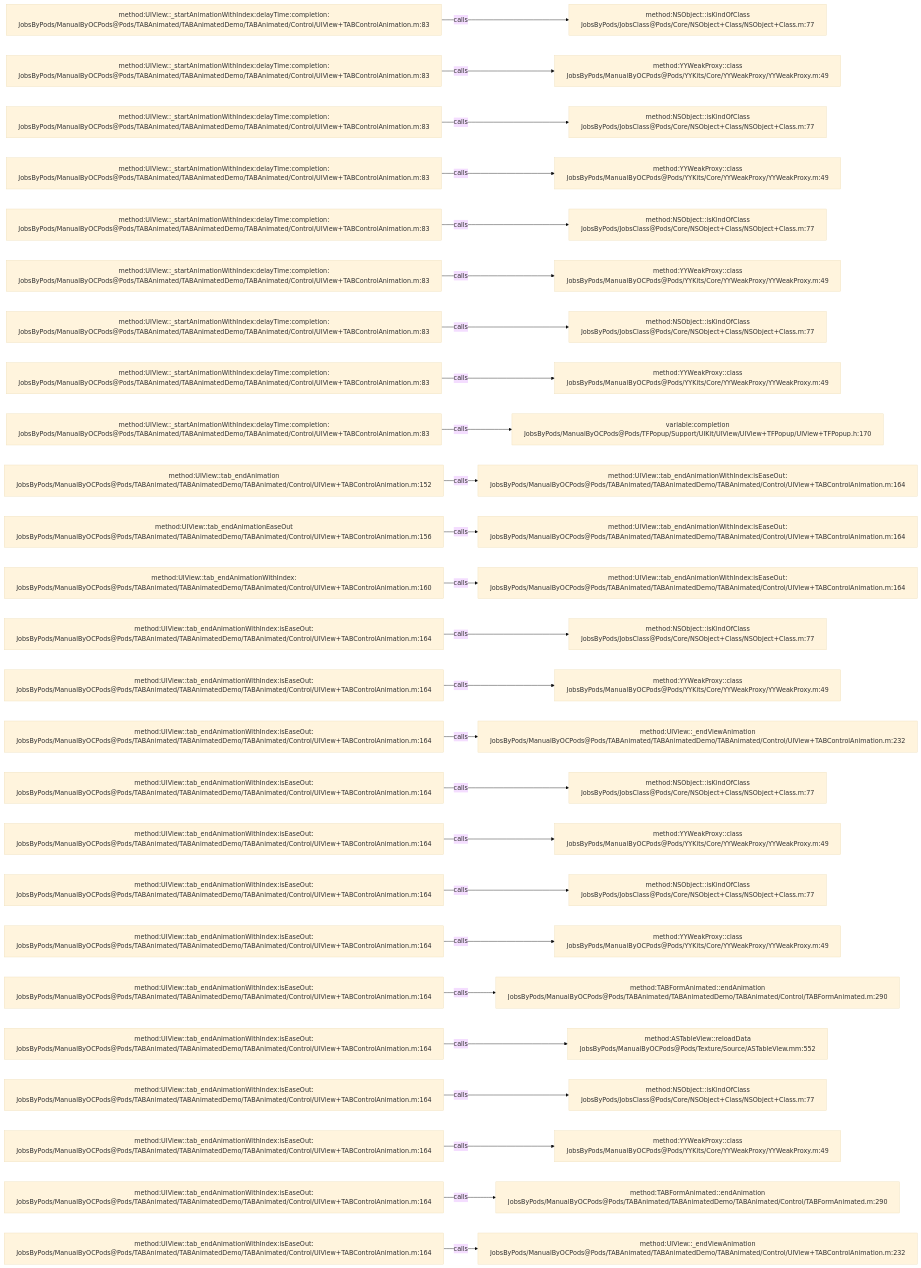
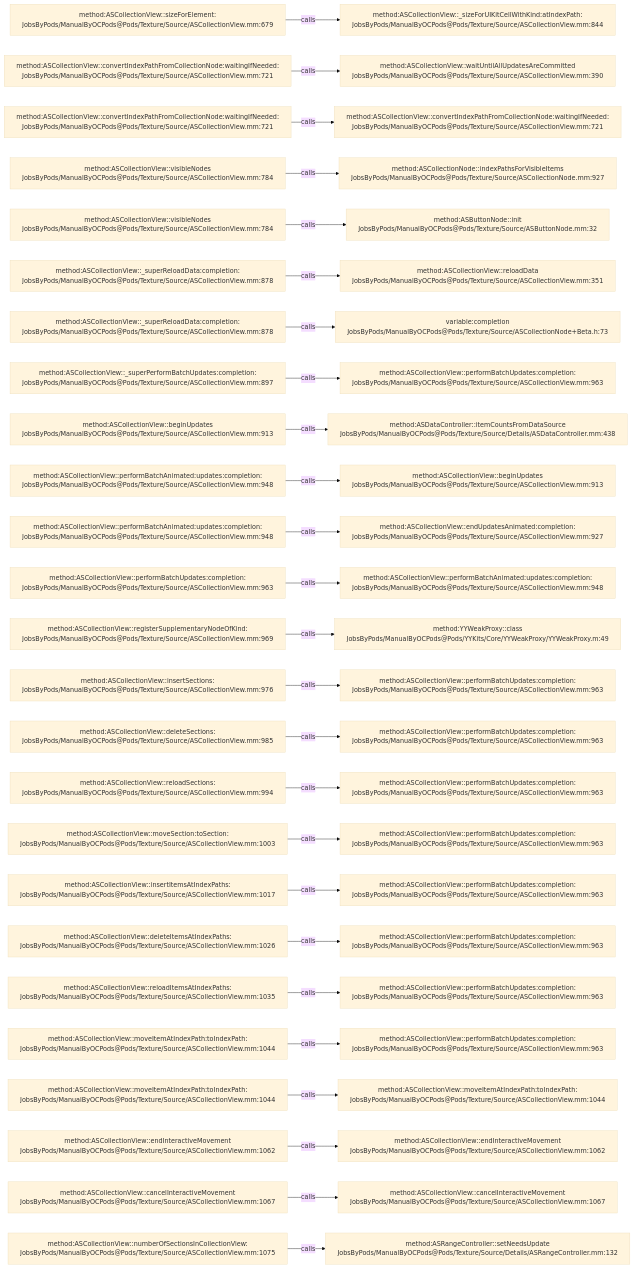
Before and after one commit to JobsKits/JobsOCBaseConfigDemo: the diagram in .codegraph/codegraph.md/graphs/calls-190.md, drawn with Mermaid (base theme). The commit also changed 573 other files, not shown here.

````diff
--- a/.codegraph/codegraph.md/graphs/calls-190.md
+++ b/.codegraph/codegraph.md/graphs/calls-190.md
@@ -13,78 +13,78 @@
 ```mermaid
 flowchart LR
-  S1["method:UIView::_startAnimationWithIndex:delayTime:completion:<br/>JobsByPods/ManualByOCPods@Pods/TABAnimated/TABAnimatedDemo/TABAnimated/Control/UIView+TABControlAnimation.m:83"]
-  T1["method:NSObject::isKindOfClass<br/>JobsByPods/JobsClass@Pods/Core/NSObject+Class/NSObject+Class.m:77"]
+  S1["method:ASCollectionView::sizeForElement:<br/>JobsByPods/ManualByOCPods@Pods/Texture/Source/ASCollectionView.mm:679"]
+  T1["method:ASCollectionView::_sizeForUIKitCellWithKind:atIndexPath:<br/>JobsByPods/ManualByOCPods@Pods/Texture/Source/ASCollectionView.mm:844"]
   S1 -->|calls| T1
-  S2["method:UIView::_startAnimationWithIndex:delayTime:completion:<br/>JobsByPods/ManualByOCPods@Pods/TABAnimated/TABAnimatedDemo/TABAnimated/Control/UIView+TABControlAnimation.m:83"]
-  T2["method:YYWeakProxy::class<br/>JobsByPods/ManualByOCPods@Pods/YYKits/Core/YYWeakProxy/YYWeakProxy.m:49"]
+  S2["method:ASCollectionView::convertIndexPathFromCollectionNode:waitingIfNeeded:<br/>JobsByPods/ManualByOCPods@Pods/Texture/Source/ASCollectionView.mm:721"]
+  T2["method:ASCollectionView::waitUntilAllUpdatesAreCommitted<br/>JobsByPods/ManualByOCPods@Pods/Texture/Source/ASCollectionView.mm:390"]
   S2 -->|calls| T2
-  S3["method:UIView::_startAnimationWithIndex:delayTime:completion:<br/>JobsByPods/ManualByOCPods@Pods/TABAnimated/TABAnimatedDemo/TABAnimated/Control/UIView+TABControlAnimation.m:83"]
-  T3["method:NSObject::isKindOfClass<br/>JobsByPods/JobsClass@Pods/Core/NSObject+Class/NSObject+Class.m:77"]
+  S3["method:ASCollectionView::convertIndexPathFromCollectionNode:waitingIfNeeded:<br/>JobsByPods/ManualByOCPods@Pods/Texture/Source/ASCollectionView.mm:721"]
+  T3["method:ASCollectionView::convertIndexPathFromCollectionNode:waitingIfNeeded:<br/>JobsByPods/ManualByOCPods@Pods/Texture/Source/ASCollectionView.mm:721"]
   S3 -->|calls| T3
-  S4["method:UIView::_startAnimationWithIndex:delayTime:completion:<br/>JobsByPods/ManualByOCPods@Pods/TABAnimated/TABAnimatedDemo/TABAnimated/Control/UIView+TABControlAnimation.m:83"]
-  T4["method:YYWeakProxy::class<br/>JobsByPods/ManualByOCPods@Pods/YYKits/Core/YYWeakProxy/YYWeakProxy.m:49"]
+  S4["method:ASCollectionView::visibleNodes<br/>JobsByPods/ManualByOCPods@Pods/Texture/Source/ASCollectionView.mm:784"]
+  T4["method:ASCollectionNode::indexPathsForVisibleItems<br/>JobsByPods/ManualByOCPods@Pods/Texture/Source/ASCollectionNode.mm:927"]
   S4 -->|calls| T4
-  S5["method:UIView::_startAnimationWithIndex:delayTime:completion:<br/>JobsByPods/ManualByOCPods@Pods/TABAnimated/TABAnimatedDemo/TABAnimated/Control/UIView+TABControlAnimation.m:83"]
-  T5["method:NSObject::isKindOfClass<br/>JobsByPods/JobsClass@Pods/Core/NSObject+Class/NSObject+Class.m:77"]
+  S5["method:ASCollectionView::visibleNodes<br/>JobsByPods/ManualByOCPods@Pods/Texture/Source/ASCollectionView.mm:784"]
+  T5["method:ASButtonNode::init<br/>JobsByPods/ManualByOCPods@Pods/Texture/Source/ASButtonNode.mm:32"]
   S5 -->|calls| T5
-  S6["method:UIView::_startAnimationWithIndex:delayTime:completion:<br/>JobsByPods/ManualByOCPods@Pods/TABAnimated/TABAnimatedDemo/TABAnimated/Control/UIView+TABControlAnimation.m:83"]
-  T6["method:YYWeakProxy::class<br/>JobsByPods/ManualByOCPods@Pods/YYKits/Core/YYWeakProxy/YYWeakProxy.m:49"]
+  S6["method:ASCollectionView::_superReloadData:completion:<br/>JobsByPods/ManualByOCPods@Pods/Texture/Source/ASCollectionView.mm:878"]
+  T6["method:ASCollectionView::reloadData<br/>JobsByPods/ManualByOCPods@Pods/Texture/Source/ASCollectionView.mm:351"]
   S6 -->|calls| T6
-  S7["method:UIView::_startAnimationWithIndex:delayTime:completion:<br/>JobsByPods/ManualByOCPods@Pods/TABAnimated/TABAnimatedDemo/TABAnimated/Control/UIView+TABControlAnimation.m:83"]
-  T7["method:NSObject::isKindOfClass<br/>JobsByPods/JobsClass@Pods/Core/NSObject+Class/NSObject+Class.m:77"]
+  S7["method:ASCollectionView::_superReloadData:completion:<br/>JobsByPods/ManualByOCPods@Pods/Texture/Source/ASCollectionView.mm:878"]
+  T7["variable:completion<br/>JobsByPods/ManualByOCPods@Pods/Texture/Source/ASCollectionNode+Beta.h:73"]
   S7 -->|calls| T7
-  S8["method:UIView::_startAnimationWithIndex:delayTime:completion:<br/>JobsByPods/ManualByOCPods@Pods/TABAnimated/TABAnimatedDemo/TABAnimated/Control/UIView+TABControlAnimation.m:83"]
-  T8["method:YYWeakProxy::class<br/>JobsByPods/ManualByOCPods@Pods/YYKits/Core/YYWeakProxy/YYWeakProxy.m:49"]
+  S8["method:ASCollectionView::_superPerformBatchUpdates:completion:<br/>JobsByPods/ManualByOCPods@Pods/Texture/Source/ASCollectionView.mm:897"]
+  T8["method:ASCollectionView::performBatchUpdates:completion:<br/>JobsByPods/ManualByOCPods@Pods/Texture/Source/ASCollectionView.mm:963"]
   S8 -->|calls| T8
-  S9["method:UIView::_startAnimationWithIndex:delayTime:completion:<br/>JobsByPods/ManualByOCPods@Pods/TABAnimated/TABAnimatedDemo/TABAnimated/Control/UIView+TABControlAnimation.m:83"]
-  T9["variable:completion<br/>JobsByPods/ManualByOCPods@Pods/TFPopup/Support/UIKit/UIView/UIView+TFPopup/UIView+TFPopup.h:170"]
+  S9["method:ASCollectionView::beginUpdates<br/>JobsByPods/ManualByOCPods@Pods/Texture/Source/ASCollectionView.mm:913"]
+  T9["method:ASDataController::itemCountsFromDataSource<br/>JobsByPods/ManualByOCPods@Pods/Texture/Source/Details/ASDataController.mm:438"]
   S9 -->|calls| T9
-  S10["method:UIView::tab_endAnimation<br/>JobsByPods/ManualByOCPods@Pods/TABAnimated/TABAnimatedDemo/TABAnimated/Control/UIView+TABControlAnimation.m:152"]
-  T10["method:UIView::tab_endAnimationWithIndex:isEaseOut:<br/>JobsByPods/ManualByOCPods@Pods/TABAnimated/TABAnimatedDemo/TABAnimated/Control/UIView+TABControlAnimation.m:164"]
+  S10["method:ASCollectionView::performBatchAnimated:updates:completion:<br/>JobsByPods/ManualByOCPods@Pods/Texture/Source/ASCollectionView.mm:948"]
+  T10["method:ASCollectionView::beginUpdates<br/>JobsByPods/ManualByOCPods@Pods/Texture/Source/ASCollectionView.mm:913"]
   S10 -->|calls| T10
-  S11["method:UIView::tab_endAnimationEaseOut<br/>JobsByPods/ManualByOCPods@Pods/TABAnimated/TABAnimatedDemo/TABAnimated/Control/UIView+TABControlAnimation.m:156"]
-  T11["method:UIView::tab_endAnimationWithIndex:isEaseOut:<br/>JobsByPods/ManualByOCPods@Pods/TABAnimated/TABAnimatedDemo/TABAnimated/Control/UIView+TABControlAnimation.m:164"]
+  S11["method:ASCollectionView::performBatchAnimated:updates:completion:<br/>JobsByPods/ManualByOCPods@Pods/Texture/Source/ASCollectionView.mm:948"]
+  T11["method:ASCollectionView::endUpdatesAnimated:completion:<br/>JobsByPods/ManualByOCPods@Pods/Texture/Source/ASCollectionView.mm:927"]
   S11 -->|calls| T11
-  S12["method:UIView::tab_endAnimationWithIndex:<br/>JobsByPods/ManualByOCPods@Pods/TABAnimated/TABAnimatedDemo/TABAnimated/Control/UIView+TABControlAnimation.m:160"]
-  T12["method:UIView::tab_endAnimationWithIndex:isEaseOut:<br/>JobsByPods/ManualByOCPods@Pods/TABAnimated/TABAnimatedDemo/TABAnimated/Control/UIView+TABControlAnimation.m:164"]
+  S12["method:ASCollectionView::performBatchUpdates:completion:<br/>JobsByPods/ManualByOCPods@Pods/Texture/Source/ASCollectionView.mm:963"]
+  T12["method:ASCollectionView::performBatchAnimated:updates:completion:<br/>JobsByPods/ManualByOCPods@Pods/Texture/Source/ASCollectionView.mm:948"]
   S12 -->|calls| T12
-  S13["method:UIView::tab_endAnimationWithIndex:isEaseOut:<br/>JobsByPods/ManualByOCPods@Pods/TABAnimated/TABAnimatedDemo/TABAnimated/Control/UIView+TABControlAnimation.m:164"]
-  T13["method:NSObject::isKindOfClass<br/>JobsByPods/JobsClass@Pods/Core/NSObject+Class/NSObject+Class.m:77"]
+  S13["method:ASCollectionView::registerSupplementaryNodeOfKind:<br/>JobsByPods/ManualByOCPods@Pods/Texture/Source/ASCollectionView.mm:969"]
+  T13["method:YYWeakProxy::class<br/>JobsByPods/ManualByOCPods@Pods/YYKits/Core/YYWeakProxy/YYWeakProxy.m:49"]
   S13 -->|calls| T13
-  S14["method:UIView::tab_endAnimationWithIndex:isEaseOut:<br/>JobsByPods/ManualByOCPods@Pods/TABAnimated/TABAnimatedDemo/TABAnimated/Control/UIView+TABControlAnimation.m:164"]
-  T14["method:YYWeakProxy::class<br/>JobsByPods/ManualByOCPods@Pods/YYKits/Core/YYWeakProxy/YYWeakProxy.m:49"]
+  S14["method:ASCollectionView::insertSections:<br/>JobsByPods/ManualByOCPods@Pods/Texture/Source/ASCollectionView.mm:976"]
+  T14["method:ASCollectionView::performBatchUpdates:completion:<br/>JobsByPods/ManualByOCPods@Pods/Texture/Source/ASCollectionView.mm:963"]
   S14 -->|calls| T14
-  S15["method:UIView::tab_endAnimationWithIndex:isEaseOut:<br/>JobsByPods/ManualByOCPods@Pods/TABAnimated/TABAnimatedDemo/TABAnimated/Control/UIView+TABControlAnimation.m:164"]
-  T15["method:UIView::_endViewAnimation<br/>JobsByPods/ManualByOCPods@Pods/TABAnimated/TABAnimatedDemo/TABAnimated/Control/UIView+TABControlAnimation.m:232"]
+  S15["method:ASCollectionView::deleteSections:<br/>JobsByPods/ManualByOCPods@Pods/Texture/Source/ASCollectionView.mm:985"]
+  T15["method:ASCollectionView::performBatchUpdates:completion:<br/>JobsByPods/ManualByOCPods@Pods/Texture/Source/ASCollectionView.mm:963"]
   S15 -->|calls| T15
-  S16["method:UIView::tab_endAnimationWithIndex:isEaseOut:<br/>JobsByPods/ManualByOCPods@Pods/TABAnimated/TABAnimatedDemo/TABAnimated/Control/UIView+TABControlAnimation.m:164"]
-  T16["method:NSObject::isKindOfClass<br/>JobsByPods/JobsClass@Pods/Core/NSObject+Class/NSObject+Class.m:77"]
+  S16["method:ASCollectionView::reloadSections:<br/>JobsByPods/ManualByOCPods@Pods/Texture/Source/ASCollectionView.mm:994"]
+  T16["method:ASCollectionView::performBatchUpdates:completion:<br/>JobsByPods/ManualByOCPods@Pods/Texture/Source/ASCollectionView.mm:963"]
   S16 -->|calls| T16
-  S17["method:UIView::tab_endAnimationWithIndex:isEaseOut:<br/>JobsByPods/ManualByOCPods@Pods/TABAnimated/TABAnimatedDemo/TABAnimated/Control/UIView+TABControlAnimation.m:164"]
-  T17["method:YYWeakProxy::class<br/>JobsByPods/ManualByOCPods@Pods/YYKits/Core/YYWeakProxy/YYWeakProxy.m:49"]
+  S17["method:ASCollectionView::moveSection:toSection:<br/>JobsByPods/ManualByOCPods@Pods/Texture/Source/ASCollectionView.mm:1003"]
+  T17["method:ASCollectionView::performBatchUpdates:completion:<br/>JobsByPods/ManualByOCPods@Pods/Texture/Source/ASCollectionView.mm:963"]
   S17 -->|calls| T17
-  S18["method:UIView::tab_endAnimationWithIndex:isEaseOut:<br/>JobsByPods/ManualByOCPods@Pods/TABAnimated/TABAnimatedDemo/TABAnimated/Control/UIView+TABControlAnimation.m:164"]
-  T18["method:NSObject::isKindOfClass<br/>JobsByPods/JobsClass@Pods/Core/NSObject+Class/NSObject+Class.m:77"]
+  S18["method:ASCollectionView::insertItemsAtIndexPaths:<br/>JobsByPods/ManualByOCPods@Pods/Texture/Source/ASCollectionView.mm:1017"]
+  T18["method:ASCollectionView::performBatchUpdates:completion:<br/>JobsByPods/ManualByOCPods@Pods/Texture/Source/ASCollectionView.mm:963"]
   S18 -->|calls| T18
-  S19["method:UIView::tab_endAnimationWithIndex:isEaseOut:<br/>JobsByPods/ManualByOCPods@Pods/TABAnimated/TABAnimatedDemo/TABAnimated/Control/UIView+TABControlAnimation.m:164"]
-  T19["method:YYWeakProxy::class<br/>JobsByPods/ManualByOCPods@Pods/YYKits/Core/YYWeakProxy/YYWeakProxy.m:49"]
+  S19["method:ASCollectionView::deleteItemsAtIndexPaths:<br/>JobsByPods/ManualByOCPods@Pods/Texture/Source/ASCollectionView.mm:1026"]
+  T19["method:ASCollectionView::performBatchUpdates:completion:<br/>JobsByPods/ManualByOCPods@Pods/Texture/Source/ASCollectionView.mm:963"]
   S19 -->|calls| T19
-  S20["method:UIView::tab_endAnimationWithIndex:isEaseOut:<br/>JobsByPods/ManualByOCPods@Pods/TABAnimated/TABAnimatedDemo/TABAnimated/Control/UIView+TABControlAnimation.m:164"]
-  T20["method:TABFormAnimated::endAnimation<br/>JobsByPods/ManualByOCPods@Pods/TABAnimated/TABAnimatedDemo/TABAnimated/Control/TABFormAnimated.m:290"]
+  S20["method:ASCollectionView::reloadItemsAtIndexPaths:<br/>JobsByPods/ManualByOCPods@Pods/Texture/Source/ASCollectionView.mm:1035"]
+  T20["method:ASCollectionView::performBatchUpdates:completion:<br/>JobsByPods/ManualByOCPods@Pods/Texture/Source/ASCollectionView.mm:963"]
   S20 -->|calls| T20
-  S21["method:UIView::tab_endAnimationWithIndex:isEaseOut:<br/>JobsByPods/ManualByOCPods@Pods/TABAnimated/TABAnimatedDemo/TABAnimated/Control/UIView+TABControlAnimation.m:164"]
-  T21["method:ASTableView::reloadData<br/>JobsByPods/ManualByOCPods@Pods/Texture/Source/ASTableView.mm:552"]
+  S21["method:ASCollectionView::moveItemAtIndexPath:toIndexPath:<br/>JobsByPods/ManualByOCPods@Pods/Texture/Source/ASCollectionView.mm:1044"]
+  T21["method:ASCollectionView::performBatchUpdates:completion:<br/>JobsByPods/ManualByOCPods@Pods/Texture/Source/ASCollectionView.mm:963"]
   S21 -->|calls| T21
-  S22["method:UIView::tab_endAnimationWithIndex:isEaseOut:<br/>JobsByPods/ManualByOCPods@Pods/TABAnimated/TABAnimatedDemo/TABAnimated/Control/UIView+TABControlAnimation.m:164"]
-  T22["method:NSObject::isKindOfClass<br/>JobsByPods/JobsClass@Pods/Core/NSObject+Class/NSObject+Class.m:77"]
+  S22["method:ASCollectionView::moveItemAtIndexPath:toIndexPath:<br/>JobsByPods/ManualByOCPods@Pods/Texture/Source/ASCollectionView.mm:1044"]
+  T22["method:ASCollectionView::moveItemAtIndexPath:toIndexPath:<br/>JobsByPods/ManualByOCPods@Pods/Texture/Source/ASCollectionView.mm:1044"]
   S22 -->|calls| T22
-  S23["method:UIView::tab_endAnimationWithIndex:isEaseOut:<br/>JobsByPods/ManualByOCPods@Pods/TABAnimated/TABAnimatedDemo/TABAnimated/Control/UIView+TABControlAnimation.m:164"]
-  T23["method:YYWeakProxy::class<br/>JobsByPods/ManualByOCPods@Pods/YYKits/Core/YYWeakProxy/YYWeakProxy.m:49"]
+  S23["method:ASCollectionView::endInteractiveMovement<br/>JobsByPods/ManualByOCPods@Pods/Texture/Source/ASCollectionView.mm:1062"]
+  T23["method:ASCollectionView::endInteractiveMovement<br/>JobsByPods/ManualByOCPods@Pods/Texture/Source/ASCollectionView.mm:1062"]
   S23 -->|calls| T23
-  S24["method:UIView::tab_endAnimationWithIndex:isEaseOut:<br/>JobsByPods/ManualByOCPods@Pods/TABAnimated/TABAnimatedDemo/TABAnimated/Control/UIView+TABControlAnimation.m:164"]
-  T24["method:TABFormAnimated::endAnimation<br/>JobsByPods/ManualByOCPods@Pods/TABAnimated/TABAnimatedDemo/TABAnimated/Control/TABFormAnimated.m:290"]
+  S24["method:ASCollectionView::cancelInteractiveMovement<br/>JobsByPods/ManualByOCPods@Pods/Texture/Source/ASCollectionView.mm:1067"]
+  T24["method:ASCollectionView::cancelInteractiveMovement<br/>JobsByPods/ManualByOCPods@Pods/Texture/Source/ASCollectionView.mm:1067"]
   S24 -->|calls| T24
-  S25["method:UIView::tab_endAnimationWithIndex:isEaseOut:<br/>JobsByPods/ManualByOCPods@Pods/TABAnimated/TABAnimatedDemo/TABAnimated/Control/UIView+TABControlAnimation.m:164"]
-  T25["method:UIView::_endViewAnimation<br/>JobsByPods/ManualByOCPods@Pods/TABAnimated/TABAnimatedDemo/TABAnimated/Control/UIView+TABControlAnimation.m:232"]
+  S25["method:ASCollectionView::numberOfSectionsInCollectionView:<br/>JobsByPods/ManualByOCPods@Pods/Texture/Source/ASCollectionView.mm:1075"]
+  T25["method:ASRangeController::setNeedsUpdate<br/>JobsByPods/ManualByOCPods@Pods/Texture/Source/Details/ASRangeController.mm:132"]
   S25 -->|calls| T25
 ```
````
